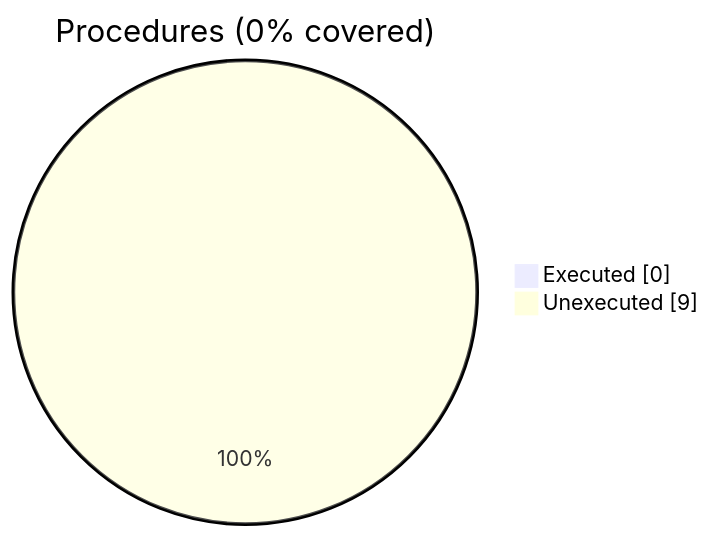
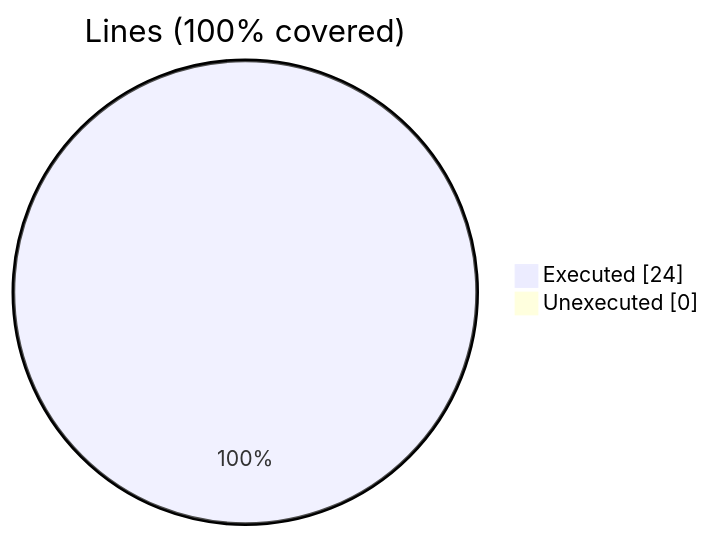
Before and after one commit to szaghi/FOSSIL: diagram 27 of 34 in docs/guide/coverage-analysis.md, drawn with Mermaid. The commit also changed other lines of this file and 40 other files, not shown here.

````diff
--- a/docs/guide/coverage-analysis.md
+++ b/docs/guide/coverage-analysis.md
@@ -212,6 +415,6 @@
 ```mermaid
 pie showData
-    title Procedures (0% covered)
-    "Executed" : 0
-    "Unexecuted" : 9
+    title Lines (100% covered)
+    "Executed" : 24
+    "Unexecuted" : 0
 ```
````
